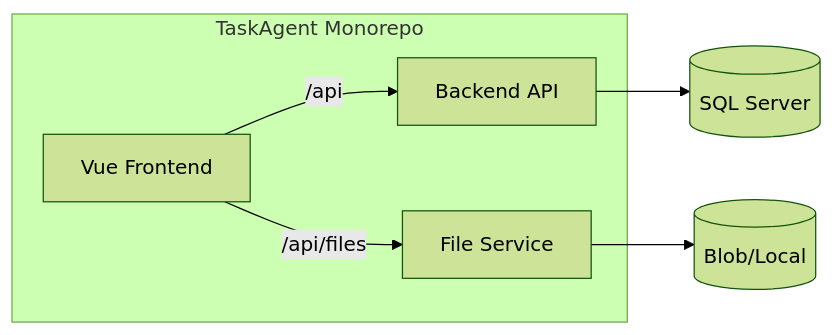
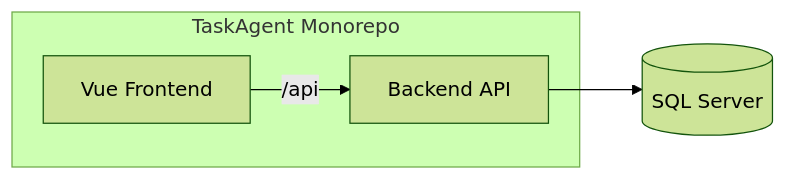
One commit to shray7/TaskAgent changed the first of 2 diagrams in README.md. Above: the diagram before and after it, drawn with Mermaid (forest theme). The commit also changed other lines of this file and 98 other files, not shown here.

````diff
--- a/README.md
+++ b/README.md
@@ -42,12 +40,9 @@
 ```mermaid
 flowchart LR
     subgraph monorepo [TaskAgent Monorepo]
         Backend[Backend API]
         Frontend[Vue Frontend]
-        FileService[File Service]
     end
     Frontend -->|/api| Backend
-    Frontend -->|/api/files| FileService
     Backend --> SQL[(SQL Server)]
-    FileService --> Storage[(Blob/Local)]
 ```
````
